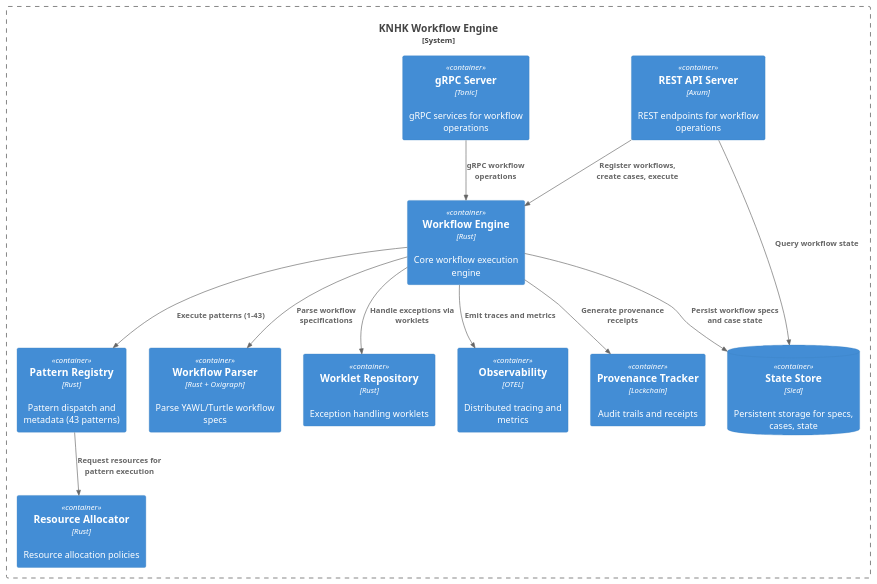
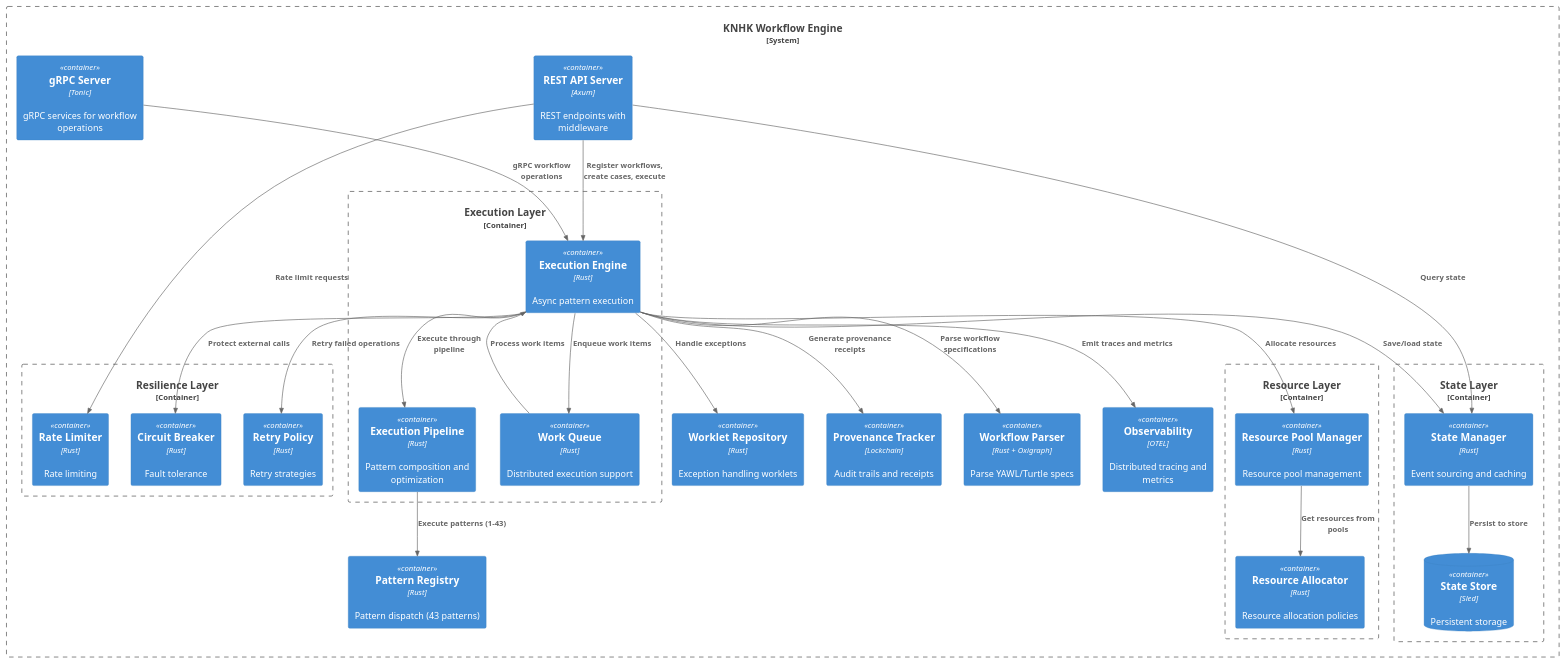
One commit to seanchatmangpt/knhk changed the diagram in rust/docs/yawl/diagrams/C2_Container.puml. Above: the diagram before and after it, drawn with PlantUML. The commit also changed 18 other files, not shown here.

First line of the commit message:
Finish WIP: Fix all PatternExecutionResult initializations

```diff
--- a/rust/docs/yawl/diagrams/C2_Container.puml
+++ b/rust/docs/yawl/diagrams/C2_Container.puml
@@ -1,28 +1,61 @@
 @startuml C2_Container
 !include https://raw.githubusercontent.com/plantuml-stdlib/C4-PlantUML/master/C4_Container.puml
 LAYOUT_TOP_DOWN()
 
 System_Boundary(knhk, "KNHK Workflow Engine") {
-  Container(api, "REST API Server", "Axum", "REST endpoints for workflow operations")
+  Container(api, "REST API Server", "Axum", "REST endpoints with middleware")
   Container(grpc, "gRPC Server", "Tonic", "gRPC services for workflow operations")
-  Container(engine, "Workflow Engine", "Rust", "Core workflow execution engine")
-  Container(reg, "Pattern Registry", "Rust", "Pattern dispatch and metadata (43 patterns)")
-  Container(parser, "Workflow Parser", "Rust + Oxigraph", "Parse YAWL/Turtle workflow specs")
-  Container(alloc, "Resource Allocator", "Rust", "Resource allocation policies")
+  
+  Container_Boundary(execution, "Execution Layer") {
+    Container(exec_engine, "Execution Engine", "Rust", "Async pattern execution")
+    Container(pipeline, "Execution Pipeline", "Rust", "Pattern composition and optimization")
+    Container(queue, "Work Queue", "Rust", "Distributed execution support")
+  }
+  
+  Container_Boundary(state, "State Layer") {
+    Container(state_mgr, "State Manager", "Rust", "Event sourcing and caching")
+    ContainerDb(db, "State Store", "Sled", "Persistent storage")
+  }
+  
+  Container(reg, "Pattern Registry", "Rust", "Pattern dispatch (43 patterns)")
+  Container(parser, "Workflow Parser", "Rust + Oxigraph", "Parse YAWL/Turtle specs")
+  
+  Container_Boundary(resource, "Resource Layer") {
+    Container(alloc, "Resource Allocator", "Rust", "Resource allocation policies")
+    Container(pool_mgr, "Resource Pool Manager", "Rust", "Resource pool management")
+  }
+  
+  Container_Boundary(resilience, "Resilience Layer") {
+    Container(circuit, "Circuit Breaker", "Rust", "Fault tolerance")
+    Container(retry, "Retry Policy", "Rust", "Retry strategies")
+    Container(rate_limit, "Rate Limiter", "Rust", "Rate limiting")
+  }
+  
   Container(worklets, "Worklet Repository", "Rust", "Exception handling worklets")
   Container(obs, "Observability", "OTEL", "Distributed tracing and metrics")
   Container(prov, "Provenance Tracker", "Lockchain", "Audit trails and receipts")
-  ContainerDb(db, "State Store", "Sled", "Persistent storage for specs, cases, state")
 }
 
-Rel(api, engine, "Register workflows, create cases, execute")
-Rel(grpc, engine, "gRPC workflow operations")
-Rel(engine, parser, "Parse workflow specifications")
-Rel(engine, reg, "Execute patterns (1-43)")
-Rel(reg, alloc, "Request resources for pattern execution")
-Rel(engine, worklets, "Handle exceptions via worklets")
-Rel(engine, db, "Persist workflow specs and case state")
-Rel(api, db, "Query workflow state")
-Rel(engine, obs, "Emit traces and metrics")
-Rel(engine, prov, "Generate provenance receipts")
+Rel(api, exec_engine, "Register workflows, create cases, execute")
+Rel(grpc, exec_engine, "gRPC workflow operations")
+Rel(exec_engine, pipeline, "Execute through pipeline")
+Rel(pipeline, reg, "Execute patterns (1-43)")
+Rel(exec_engine, queue, "Enqueue work items")
+Rel(queue, exec_engine, "Process work items")
+
+Rel(exec_engine, state_mgr, "Save/load state")
+Rel(state_mgr, db, "Persist to store")
+Rel(api, state_mgr, "Query state")
+
+Rel(exec_engine, parser, "Parse workflow specifications")
+Rel(exec_engine, pool_mgr, "Allocate resources")
+Rel(pool_mgr, alloc, "Get resources from pools")
+
+Rel(exec_engine, circuit, "Protect external calls")
+Rel(exec_engine, retry, "Retry failed operations")
+Rel(api, rate_limit, "Rate limit requests")
+
+Rel(exec_engine, worklets, "Handle exceptions")
+Rel(exec_engine, obs, "Emit traces and metrics")
+Rel(exec_engine, prov, "Generate provenance receipts")
 @enduml
```
